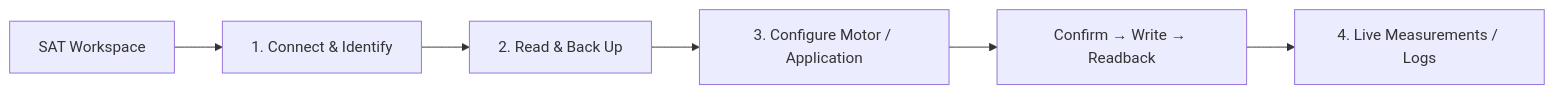
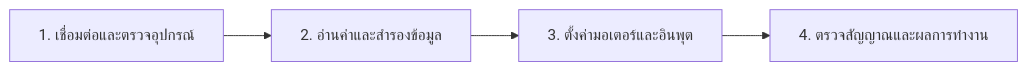
Before and after one commit to poommyroboticcamera-netizen/SAT-Motor-Pilot: the diagram in README.md, drawn with Mermaid. The commit also changed other lines of this file and 7 other files, not shown here.

````diff
--- a/README.md
+++ b/README.md
@@ -35,8 +36,6 @@
 ```mermaid
 flowchart LR
-    A["SAT Workspace"] --> B["1. Connect & Identify"]
-    B --> C["2. Read & Back Up"]
-    C --> D["3. Configure Motor / Application"]
-    D --> E["Confirm → Write → Readback"]
-    E --> F["4. Live Measurements / Logs"]
+    A["1. เชื่อมต่อและตรวจอุปกรณ์"] --> B["2. อ่านค่าและสำรองข้อมูล"]
+    B --> C["3. ตั้งค่ามอเตอร์และอินพุต"]
+    C --> D["4. ตรวจสัญญาณและผลการทำงาน"]
 ```
````
